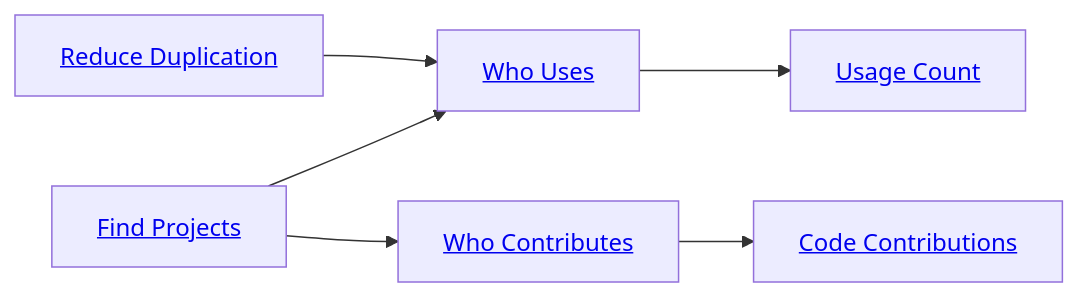
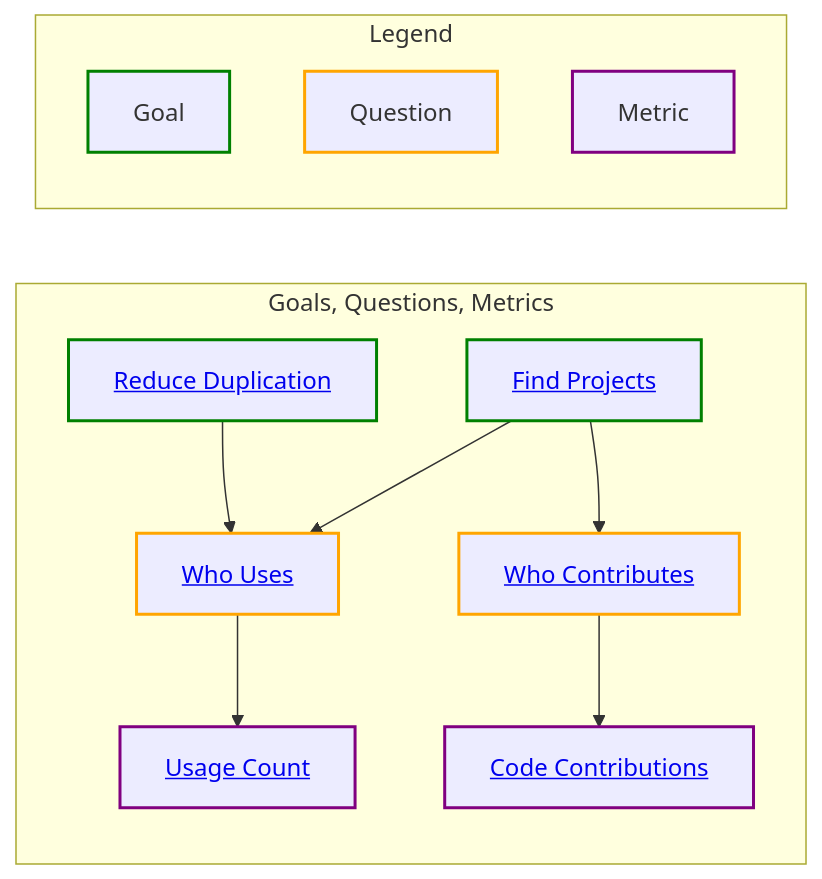
One commit to InnerSourceCommons/managing-innersource-projects changed the diagram in measuring/use_gqm.md. Above: the diagram before and after it, drawn with Mermaid. The commit also changed other lines of this file and 1 other file, not shown here.

Commit message:
feat: add legend

````diff
--- a/measuring/use_gqm.md
+++ b/measuring/use_gqm.md
@@ -5,8 +5,26 @@
 ```mermaid
 graph LR;
-find-projects[<a href='https://github.com/InnerSourceCommons/managing-inner-source-projects/blob/master/measuring/goals/find-projects.md'>Find Projects</a>] --> who-uses[Who Uses];
-reduce-duplication[<a href='https://github.com/InnerSourceCommons/managing-inner-source-projects/blob/master/measuring/goals/reduce-duplication.md'>Reduce Duplication</a>] --> who-uses[<a href='https://github.com/InnerSourceCommons/managing-inner-source-projects/blob/master/measuring/questions/who-uses.md'>Who Uses</a>];
-who-uses --> usage-count[<a href='https://github.com/InnerSourceCommons/managing-inner-source-projects/blob/master/measuring/metrics/usage-count.md'>Usage Count</a>];
-find-projects --> who-contributes
-who-contributes[<a href='https://github.com/InnerSourceCommons/managing-inner-source-projects/blob/master/measuring/questions/who-contributes.md'>Who Contributes</a>] --> code-contributions[<a href='https://github.com/InnerSourceCommons/managing-inner-source-projects/blob/master/measuring/metrics/code-contributions.md'>Code Contributions</a>];
+    subgraph GQM[Goals, Questions, Metrics]
+        find-projects[<a href='https://github.com/InnerSourceCommons/managing-inner-source-projects/blob/master/measuring/goals/find-projects.md'>Find Projects</a>] --> who-uses[Who Uses]
+        reduce-duplication[<a href='https://github.com/InnerSourceCommons/managing-inner-source-projects/blob/master/measuring/goals/reduce-duplication.md'>Reduce Duplication</a>] --> who-uses[<a href='https://github.com/InnerSourceCommons/managing-inner-source-projects/blob/master/measuring/questions/who-uses.md'>Who Uses</a>]
+        who-uses --> usage-count[<a href='https://github.com/InnerSourceCommons/managing-inner-source-projects/blob/master/measuring/metrics/usage-count.md'>Usage Count</a>]
+        find-projects --> who-contributes
+        who-contributes[<a href='https://github.com/InnerSourceCommons/managing-inner-source-projects/blob/master/measuring/questions/who-contributes.md'>Who Contributes</a>] --> code-contributions[<a href='https://github.com/InnerSourceCommons/managing-inner-source-projects/blob/master/measuring/metrics/code-contributions.md'>Code Contributions</a>]
+    end
+    subgraph Legend
+        direction TB
+
+        goal[Goal]
+        question[Question]
+        metric[Metric]
+
+        classDef goals stroke:green,stroke-width:2px;
+        class goal,find-projects,reduce-duplication goals
+
+        classDef questions stroke:orange,stroke-width:2px;
+        class question,who-uses,who-contributes questions
+
+        classDef metrics stroke:purple,stroke-width:2px;
+        class metric,code-contributions,usage-count metrics
+    end
 ```
````
